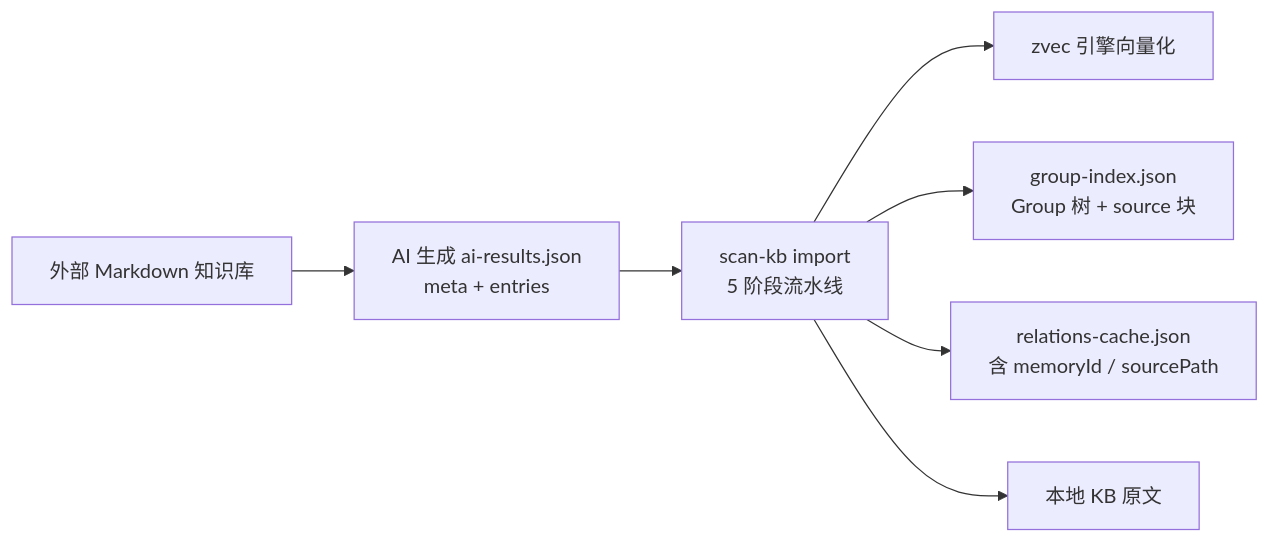
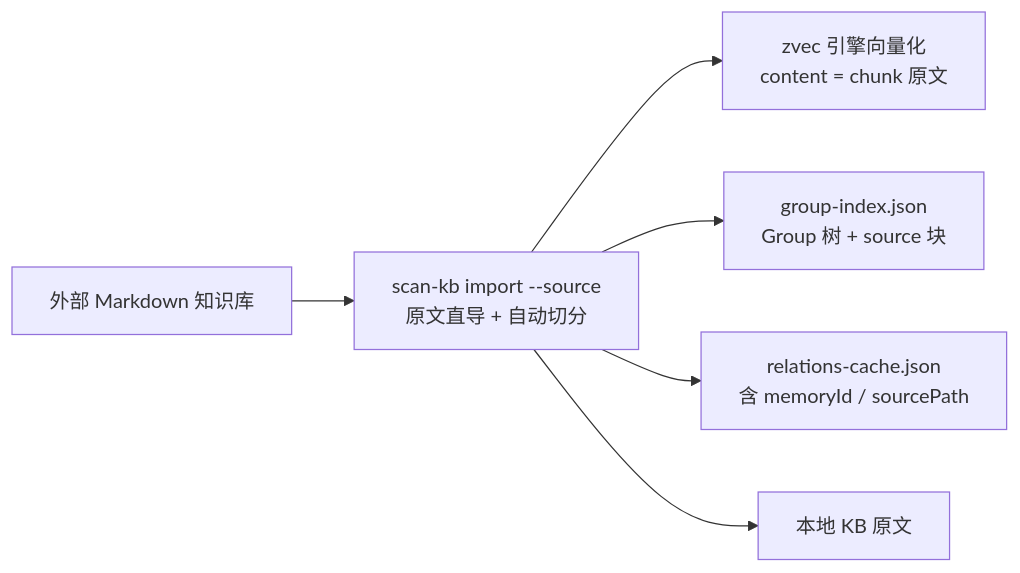
The fourth of 5 diagrams in docs/architecture.md (HACK-WU/kisearch), drawn with Mermaid before and after one commit. The commit also changed other lines of this file and 40 other files, not shown here.

````diff
--- a/docs/architecture.md
+++ b/docs/architecture.md
@@ -132,9 +132,8 @@
 ```mermaid
 flowchart LR
-    EXT[外部 Markdown 知识库] --> AI[AI 生成 ai-results.json<br/>meta + entries]
-    AI --> IMP[scan-kb import<br/>5 阶段流水线]
-    IMP --> VEC[zvec 引擎向量化]
+    EXT[外部 Markdown 知识库] --> IMP[scan-kb import --source<br/>原文直导 + 自动切分]
+    IMP --> VEC[zvec 引擎向量化<br/>content = chunk 原文]
     IMP --> GI2[group-index.json<br/>Group 树 + source 块]
     IMP --> RC2[relations-cache.json<br/>含 memoryId / sourcePath]
     IMP --> KB2[本地 KB 原文]
 ```
````
